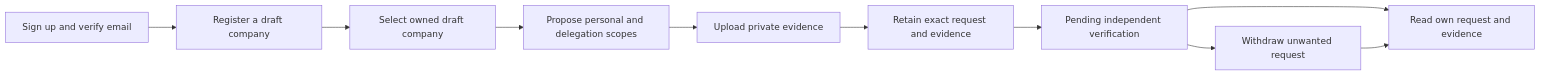
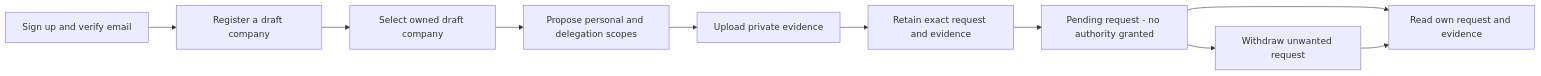
Before and after one commit to Ledova/ledova: the diagram in docs/plans/company-managed-registers/authority-requests.md, drawn with Mermaid. The commit also changed other lines of this file and 5 other files, not shown here.

````diff
--- a/docs/plans/company-managed-registers/authority-requests.md
+++ b/docs/plans/company-managed-registers/authority-requests.md
@@ -36,12 +36,12 @@
 ```mermaid
 flowchart LR
     signup[Sign up and verify email] --> draft[Register a draft company]
     draft --> select[Select owned draft company]
     select --> terms[Propose personal and delegation scopes]
     terms --> evidence[Upload private evidence]
     evidence --> capture[Retain exact request and evidence]
-    capture --> pending[Pending independent verification]
+    capture --> pending[Pending request - no authority granted]
     pending --> history[Read own request and evidence]
     pending --> withdraw[Withdraw unwanted request]
     withdraw --> history
 ```
````
